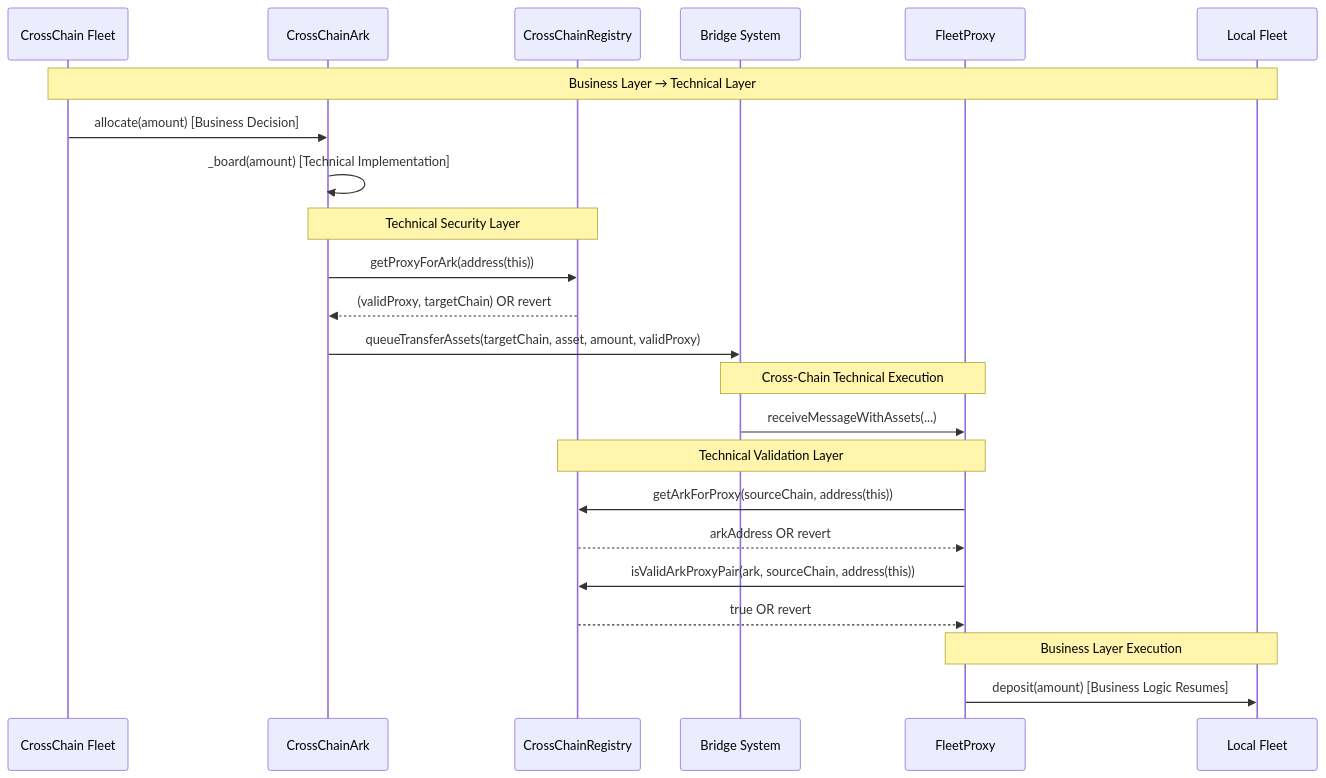
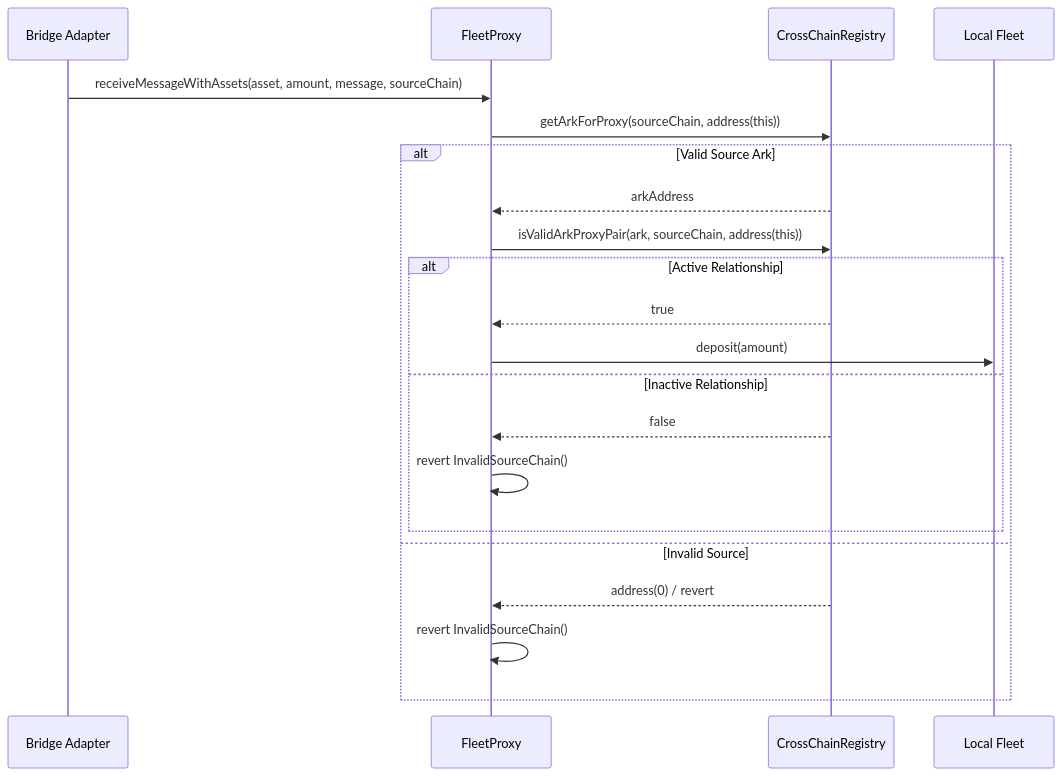
Before and after one commit to OasisDEX/summer-earn-protocol: the second of 3 diagrams in packages/core-contracts/docs/CROSS_CHAIN_ARK_TECHNICAL_ARCHITECTURE.md, drawn with Mermaid. The commit also changed other lines of this file, not shown here.

First line of the commit message:
refactor: update Cross-Chain Ark documentation for clarity and security mechanisms

````diff
--- a/packages/core-contracts/docs/CROSS_CHAIN_ARK_TECHNICAL_ARCHITECTURE.md
+++ b/packages/core-contracts/docs/CROSS_CHAIN_ARK_TECHNICAL_ARCHITECTURE.md
@@ -151,32 +83,24 @@
 ```mermaid
 sequenceDiagram
-    participant Fleet as CrossChain Fleet
-    participant Ark as CrossChainArk
+    participant Adapter as Bridge Adapter
+    participant Proxy as FleetProxy
     participant Reg as CrossChainRegistry
-    participant Bridge as Bridge System
-    participant Proxy as FleetProxy
-    participant LocalFleet as Local Fleet
+    participant Fleet as Local Fleet
     
-    Note over Fleet,LocalFleet: Business Layer → Technical Layer
-    
-    Fleet->>Ark: allocate(amount) [Business Decision]
-    Ark->>Ark: _board(amount) [Technical Implementation]
-    
-    Note over Ark,Reg: Technical Security Layer
-    Ark->>Reg: getProxyForArk(address(this))
-    Reg-->>Ark: (validProxy, targetChain) OR revert
-    
-    Ark->>Bridge: queueTransferAssets(targetChain, asset, amount, validProxy)
-    
-    Note over Bridge,Proxy: Cross-Chain Technical Execution
-    Bridge->>Proxy: receiveMessageWithAssets(...)
-    
-    Note over Proxy,Reg: Technical Validation Layer  
+    Adapter->>Proxy: receiveMessageWithAssets(asset, amount, message, sourceChain)
     Proxy->>Reg: getArkForProxy(sourceChain, address(this))
-    Reg-->>Proxy: arkAddress OR revert
-    Proxy->>Reg: isValidArkProxyPair(ark, sourceChain, address(this))
-    Reg-->>Proxy: true OR revert
-    
-    Note over Proxy,LocalFleet: Business Layer Execution
-    Proxy->>LocalFleet: deposit(amount) [Business Logic Resumes]
+    alt Valid Source Ark
+        Reg-->>Proxy: arkAddress
+        Proxy->>Reg: isValidArkProxyPair(ark, sourceChain, address(this))
+        alt Active Relationship
+            Reg-->>Proxy: true
+            Proxy->>Fleet: deposit(amount)
+        else Inactive Relationship
+            Reg-->>Proxy: false
+            Proxy->>Proxy: revert InvalidSourceChain()
+        end
+    else Invalid Source
+        Reg-->>Proxy: address(0) / revert
+        Proxy->>Proxy: revert InvalidSourceChain()
+    end
 ```
````
